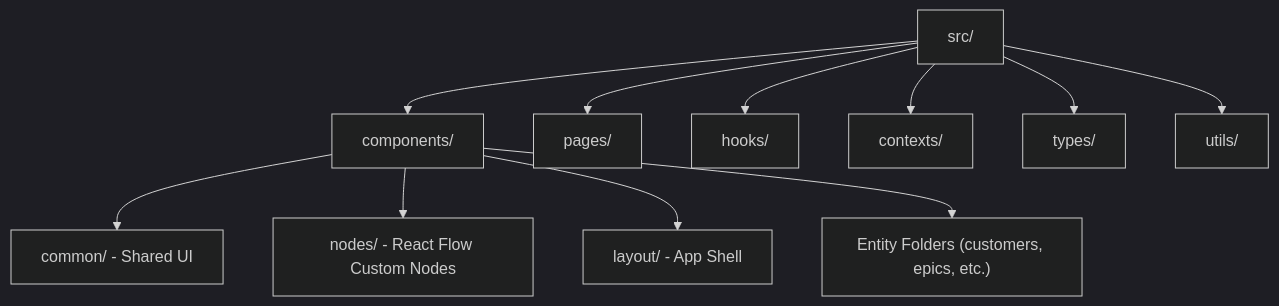
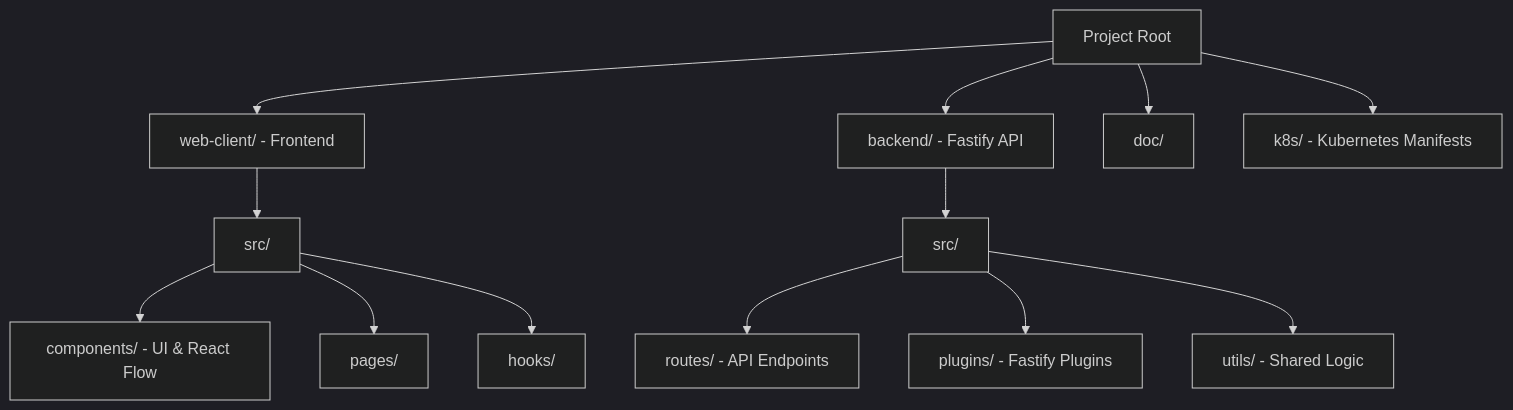
The third of 4 diagrams in doc/ARCHITECTURE.md (AlesKracik/ValueStream-DependencyTree), drawn with Mermaid (dark theme) before and after one commit. The commit also changed other lines of this file and 47 other files, not shown here.

````diff
--- a/doc/ARCHITECTURE.md
+++ b/doc/ARCHITECTURE.md
@@ -121,22 +118,23 @@
 ```mermaid
 graph TD
-    src[src/]
-    components[components/]
-    pages[pages/]
-    hooks[hooks/]
-    contexts[contexts/]
-    types[types/]
-    utils[utils/]
+    root[Project Root]
+    web[web-client/ - Frontend]
+    api[backend/ - Fastify API]
+    docs[doc/]
+    k8s[k8s/ - Kubernetes Manifests]
 
-    src --> components
-    src --> pages
-    src --> hooks
-    src --> contexts
-    src --> types
-    src --> utils
+    root --> web
+    root --> api
+    root --> docs
+    root --> k8s
 
-    components --> common["common/ - Shared UI"]
-    components --> nodes["nodes/ - React Flow Custom Nodes"]
-    components --> layout["layout/ - App Shell"]
-    components --> entity["Entity Folders (customers, epics, etc.)"]
+    api --> api_src[src/]
+    api_src --> routes[routes/ - API Endpoints]
+    api_src --> plugins[plugins/ - Fastify Plugins]
+    api_src --> util[utils/ - Shared Logic]
+
+    web --> web_src[src/]
+    web_src --> components[components/ - UI & React Flow]
+    web_src --> pages[pages/]
+    web_src --> hooks[hooks/]
 ```
````
